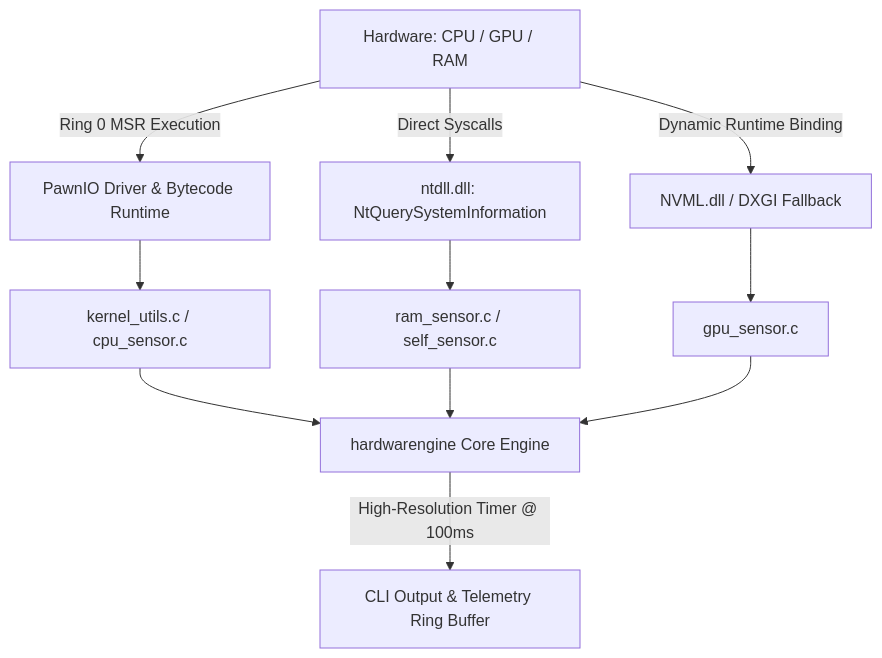
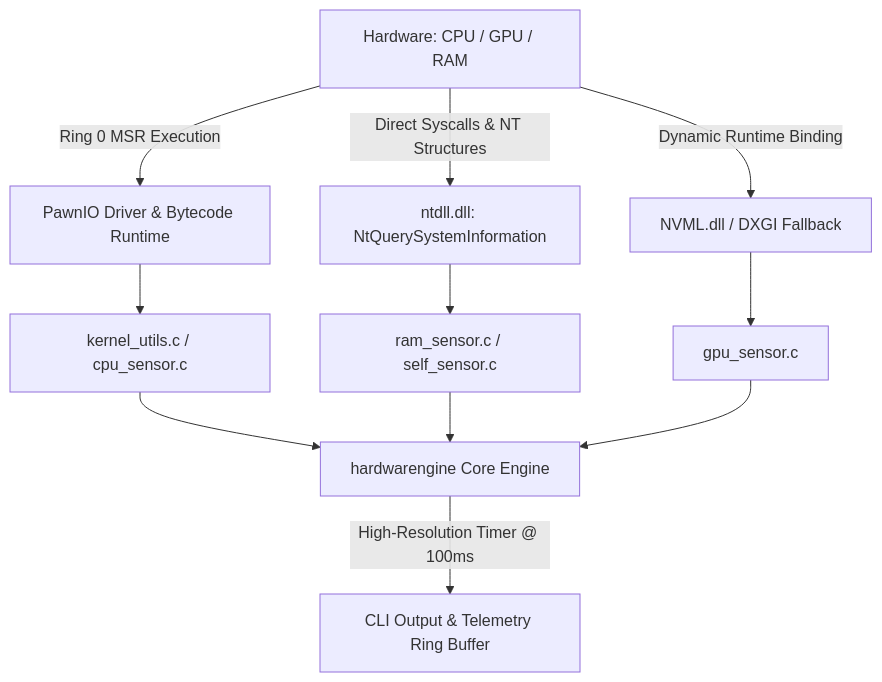
Before and after one commit to ismailemret/hardwarengine: the diagram in README.md, drawn with Mermaid. The commit also changed other lines of this file and 3 other files, not shown here.

````diff
--- a/README.md
+++ b/README.md
@@ -26,17 +24,16 @@
 ```mermaid
 graph TD
     A[Hardware: CPU / GPU / RAM] -->|Ring 0 MSR Execution| B[PawnIO Driver & Bytecode Runtime]
-    A -->|Direct Syscalls| C[ntdll.dll: NtQuerySystemInformation]
+    A -->|Direct Syscalls & NT Structures| C[ntdll.dll: NtQuerySystemInformation]
     A -->|Dynamic Runtime Binding| D[NVML.dll / DXGI Fallback]
     
     B --> E[kernel_utils.c / cpu_sensor.c]
     C --> F[ram_sensor.c / self_sensor.c]
     D --> G[gpu_sensor.c]
     
     E --> H[hardwarengine Core Engine]
     F --> H
     G --> H
     
     H -->|High-Resolution Timer @ 100ms| I[CLI Output & Telemetry Ring Buffer]
-
 ```
````
